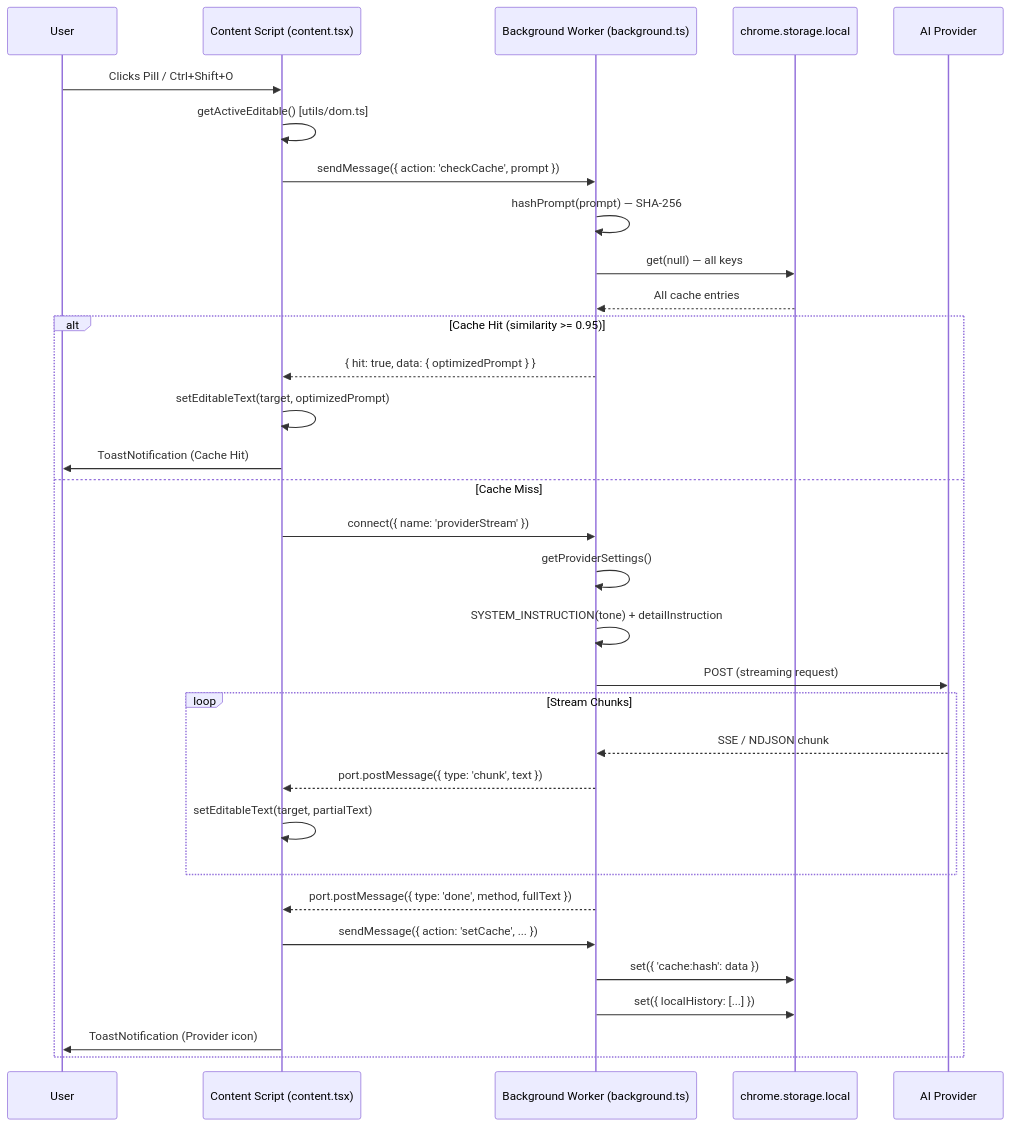
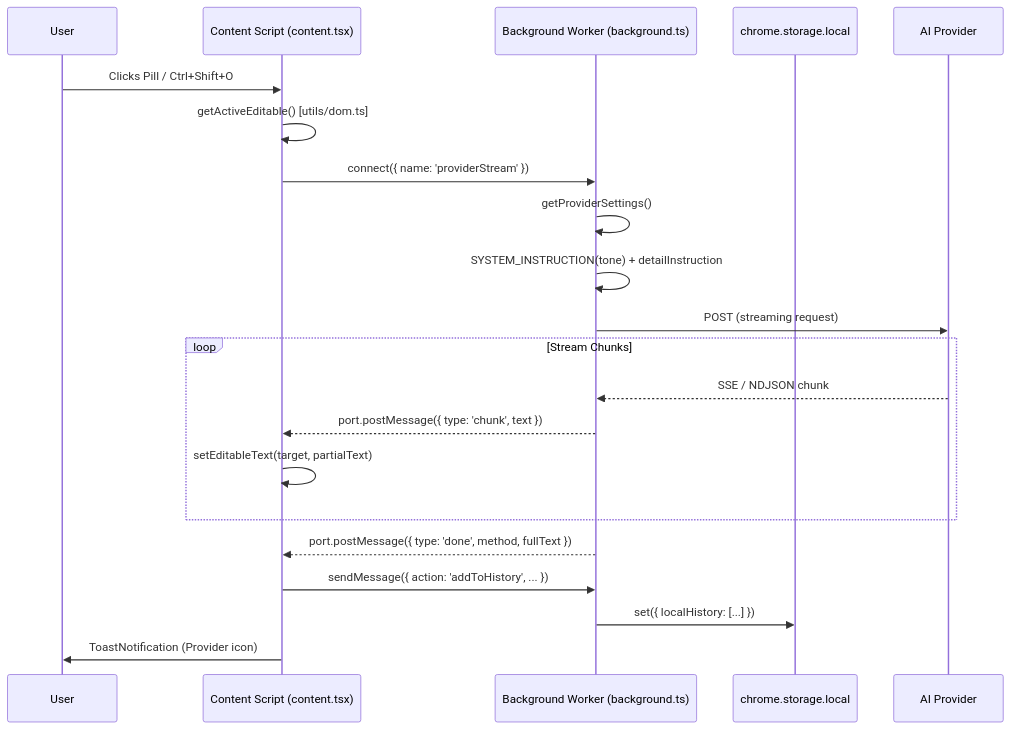
Before and after one commit to harshitzofficial/Promptly: the fourth of 7 diagrams in README.md, drawn with Mermaid. The commit also changed other lines of this file and 5 other files, not shown here.

Commit message:
Remove prompt caching feature and strengthen quick action prompts

````diff
--- a/README.md
+++ b/README.md
@@ -281,36 +272,24 @@
 ```mermaid
 sequenceDiagram
     participant User
     participant CS as Content Script (content.tsx)
     participant BG as Background Worker (background.ts)
     participant Storage as chrome.storage.local
     participant AI as AI Provider
 
     User->>CS: Clicks Pill / Ctrl+Shift+O
     CS->>CS: getActiveEditable() [utils/dom.ts]
-    CS->>BG: sendMessage({ action: 'checkCache', prompt })
-    BG->>BG: hashPrompt(prompt) — SHA-256
-    BG->>Storage: get(null) — all keys
-    Storage-->>BG: All cache entries
-
-    alt Cache Hit (similarity >= 0.95)
-        BG-->>CS: { hit: true, data: { optimizedPrompt } }
-        CS->>CS: setEditableText(target, optimizedPrompt)
-        CS->>User: ToastNotification (Cache Hit)
-    else Cache Miss
-        CS->>BG: connect({ name: 'providerStream' })
-        BG->>BG: getProviderSettings()
-        BG->>BG: SYSTEM_INSTRUCTION(tone) + detailInstruction
-        BG->>AI: POST (streaming request)
+    CS->>BG: connect({ name: 'providerStream' })
+    BG->>BG: getProviderSettings()
+    BG->>BG: SYSTEM_INSTRUCTION(tone) + detailInstruction
+    BG->>AI: POST (streaming request)
         loop Stream Chunks
             AI-->>BG: SSE / NDJSON chunk
             BG-->>CS: port.postMessage({ type: 'chunk', text })
             CS->>CS: setEditableText(target, partialText)
         end
         BG-->>CS: port.postMessage({ type: 'done', method, fullText })
-        CS->>BG: sendMessage({ action: 'setCache', ... })
-        BG->>Storage: set({ 'cache:hash': data })
+        CS->>BG: sendMessage({ action: 'addToHistory', ... })
         BG->>Storage: set({ localHistory: [...] })
         CS->>User: ToastNotification (Provider icon)
-    end
 ```
````
